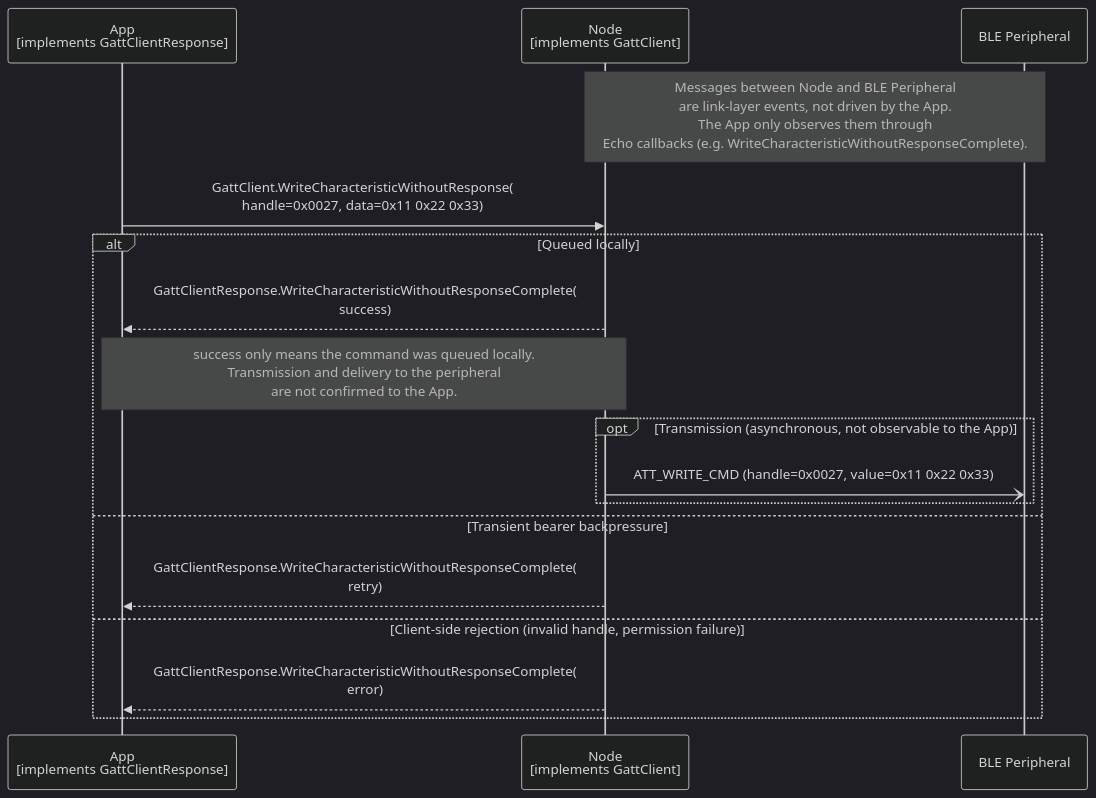
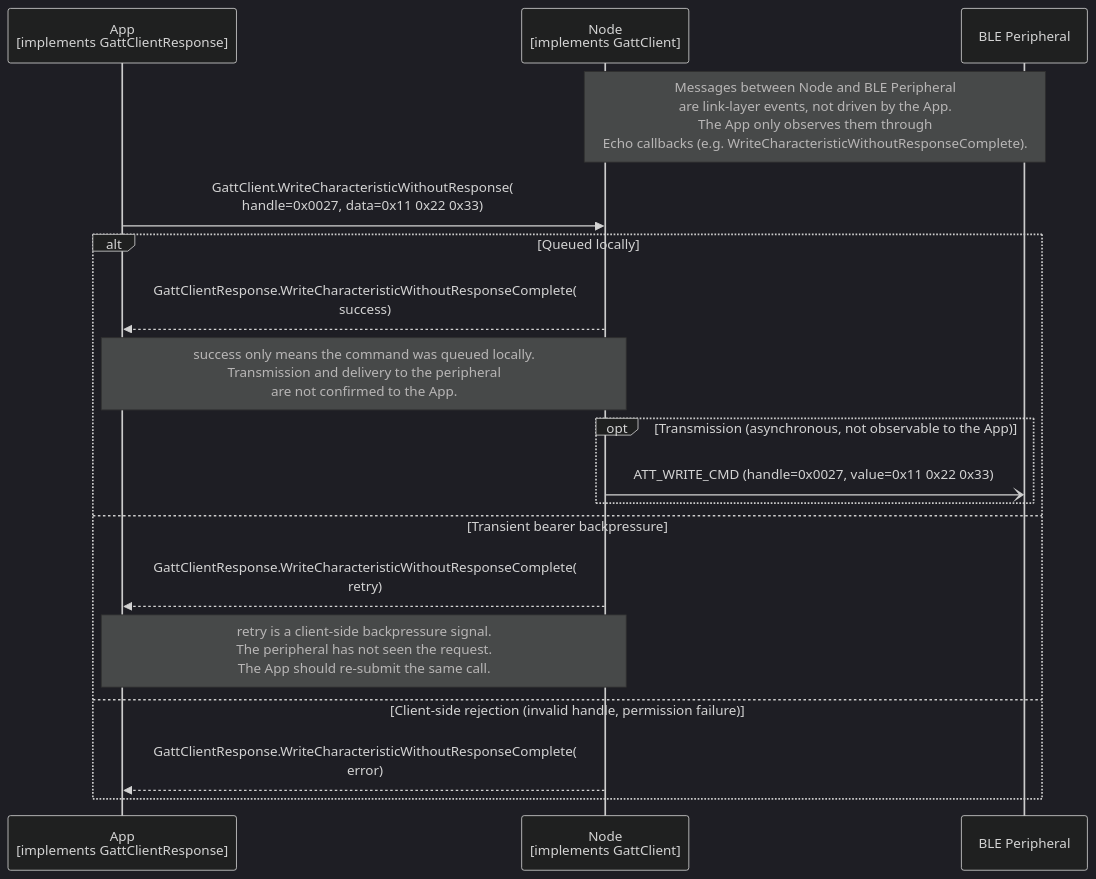
One commit to philips-software/amp-embedded-infra-lib changed the diagram in documents/modules/ROOT/partials/echoservices/gatt_client/GattClient_WriteCharacteristicWithoutResponse_sequence.mmd. Above: the diagram before and after it, drawn with Mermaid (dark theme). The commit also changed 11 other files, not shown here.

```diff
--- a/documents/modules/ROOT/partials/echoservices/gatt_client/GattClient_WriteCharacteristicWithoutResponse_sequence.mmd
+++ b/documents/modules/ROOT/partials/echoservices/gatt_client/GattClient_WriteCharacteristicWithoutResponse_sequence.mmd
@@ -1,20 +1,21 @@
 sequenceDiagram
     participant App as App<br>[implements GattClientResponse]
     participant Node as Node<br>[implements GattClient]
     participant Peripheral as BLE Peripheral
 
     Note over Node, Peripheral: Messages between Node and BLE Peripheral<br>are link-layer events, not driven by the App.<br>The App only observes them through<br>Echo callbacks (e.g. WriteCharacteristicWithoutResponseComplete).
 
     App->>Node: GattClient.WriteCharacteristicWithoutResponse(<br>handle=0x0027, data=0x11 0x22 0x33)
 
     alt Queued locally
         Node-->>App: GattClientResponse.WriteCharacteristicWithoutResponseComplete(<br>success)
         Note over App, Node: success only means the command was queued locally.<br>Transmission and delivery to the peripheral<br>are not confirmed to the App.
         opt Transmission (asynchronous, not observable to the App)
             Node-)Peripheral: ATT_WRITE_CMD (handle=0x0027, value=0x11 0x22 0x33)
         end
     else Transient bearer backpressure
         Node-->>App: GattClientResponse.WriteCharacteristicWithoutResponseComplete(<br>retry)
+        Note over App, Node: retry is a client-side backpressure signal.<br>The peripheral has not seen the request.<br>The App should re-submit the same call.
     else Client-side rejection (invalid handle, permission failure)
         Node-->>App: GattClientResponse.WriteCharacteristicWithoutResponseComplete(<br>error)
     end
```
